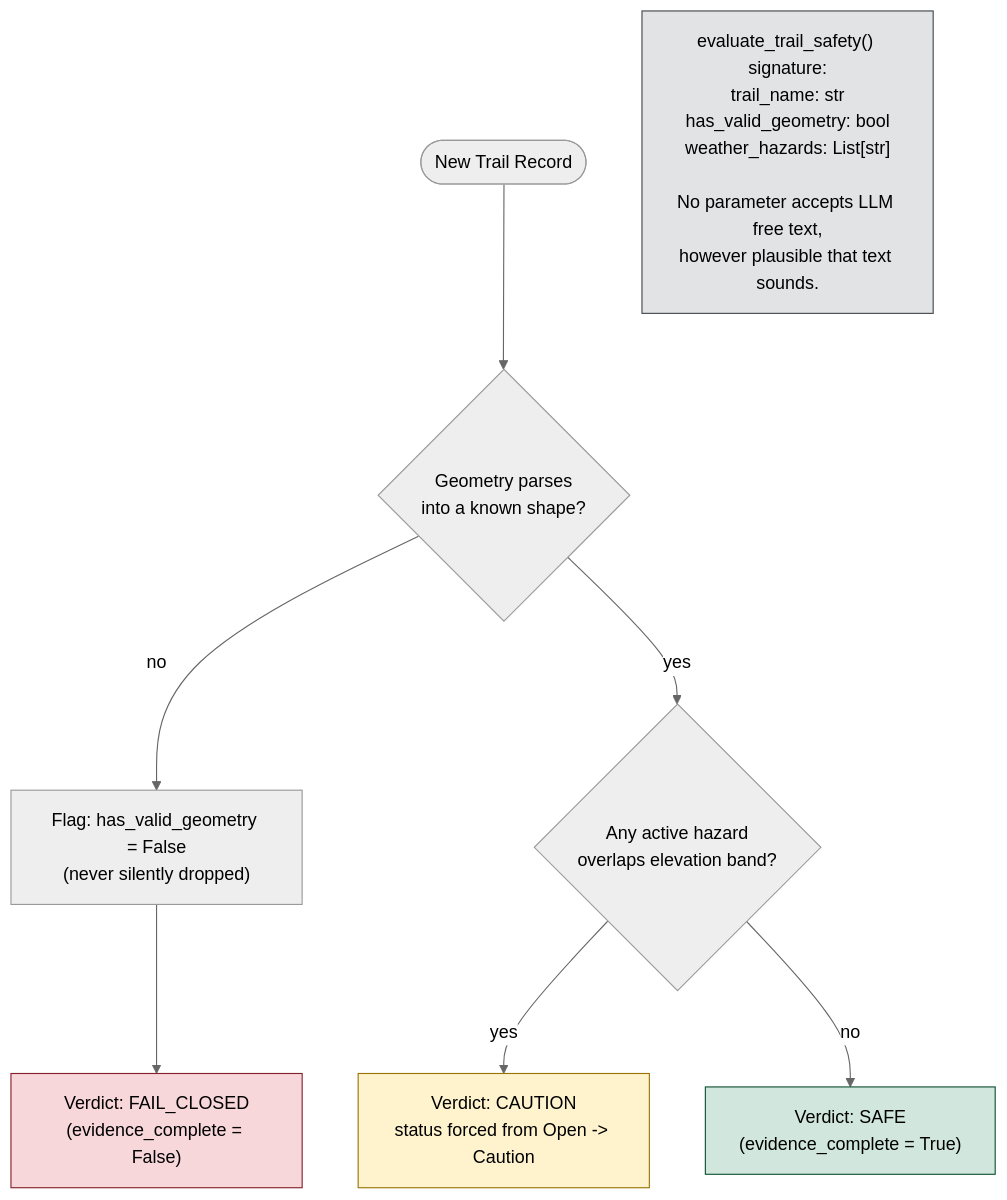
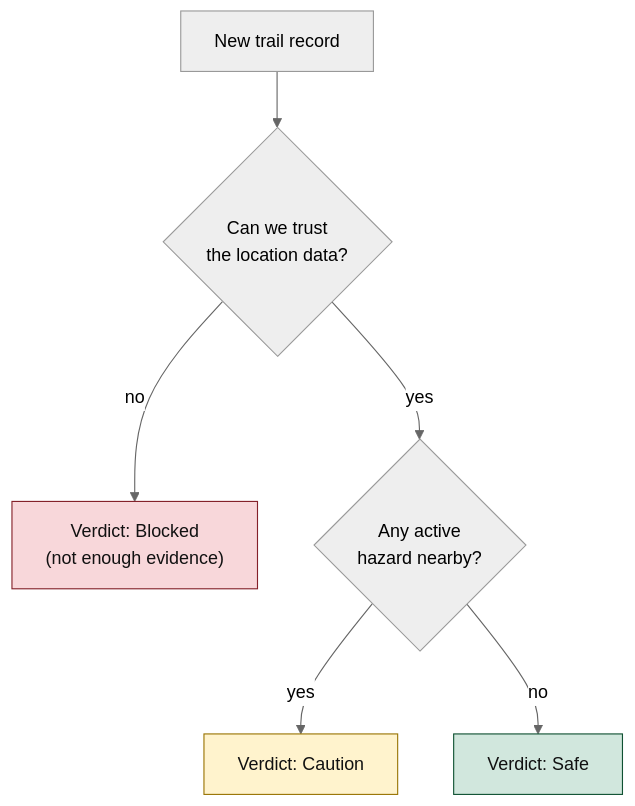
The diagram in workflow/03_fail_closed_decision_flow.md (mohitagr18/ch01-production-reality), drawn with Mermaid (neutral theme) before and after one commit. The commit also changed other lines of this file and 2 other files, not shown here.

Commit message:
Simplify workflow diagrams for chapter 1 readability; fix text contrast on colored nodes

````diff
--- a/workflow/03_fail_closed_decision_flow.md
+++ b/workflow/03_fail_closed_decision_flow.md
@@ -7,17 +6,16 @@
 ```mermaid
 flowchart TD
-    Start(["New Trail Record"]) --> G{"Geometry parses<br/>into a known shape?"}
-    G -- "no" --> Flag["Flag: has_valid_geometry = False<br/>(never silently dropped)"]
-    Flag --> FC["Verdict: FAIL_CLOSED<br/>(evidence_complete = False)"]
+    Start["New trail record"] --> Q1{"Can we trust<br/>the location data?"}
+    Q1 -->|no| Blocked["Verdict: Blocked<br/>(not enough evidence)"]
+    Q1 -->|yes| Q2{"Any active<br/>hazard nearby?"}
+    Q2 -->|yes| Caution["Verdict: Caution"]
+    Q2 -->|no| Safe["Verdict: Safe"]
 
-    G -- "yes" --> H{"Any active hazard<br/>overlaps elevation band?"}
-    H -- "yes" --> CA["Verdict: CAUTION<br/>status forced from Open -> Caution"]
-    H -- "no" --> SA["Verdict: SAFE<br/>(evidence_complete = True)"]
+    classDef blocked fill:#f8d7da,stroke:#842029,color:#111111
+    classDef caution fill:#fff3cd,stroke:#997404,color:#111111
+    classDef safe fill:#d1e7dd,stroke:#0f5132,color:#111111
 
-    NOTE["evaluate_trail_safety() signature:<br/>trail_name: str<br/>has_valid_geometry: bool<br/>weather_hazards: List[str]<br/><br/>No parameter accepts LLM free text,<br/>however plausible that text sounds."]
-
-    style FC fill:#f8d7da,stroke:#842029
-    style CA fill:#fff3cd,stroke:#997404
-    style SA fill:#d1e7dd,stroke:#0f5132
-    style NOTE fill:#e2e3e5,stroke:#41464b
+    class Blocked blocked
+    class Caution caution
+    class Safe safe
 ```
````
